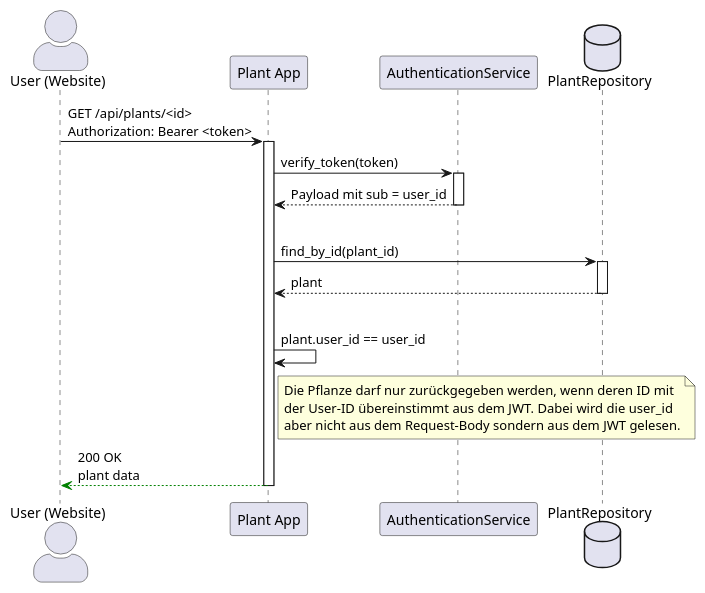
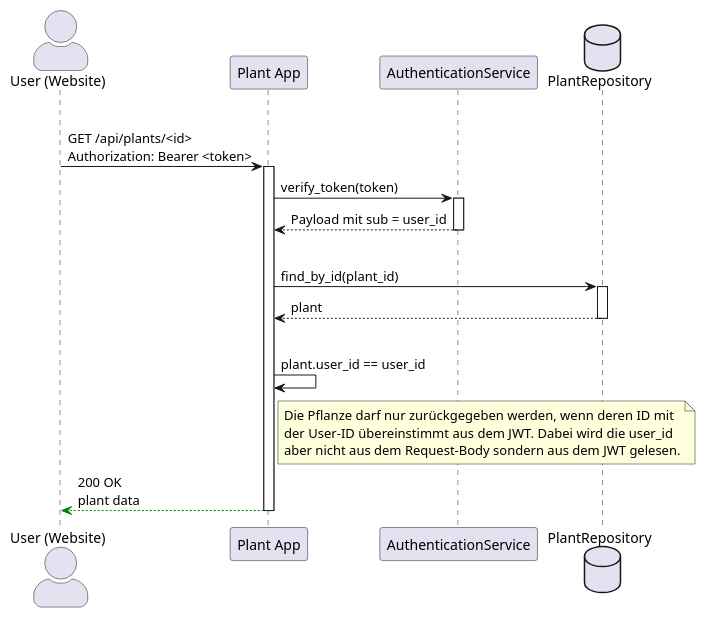
The diagram in diagrams/us3_get_plant_valid_request.puml (Annika-Ostendorp/pflanzenkalender-teil-2), drawn with PlantUML before and after one commit.

Commit message:
Add spacer to sequence diagram for better readability for task 8

```diff
--- a/diagrams/us3_get_plant_valid_request.puml
+++ b/diagrams/us3_get_plant_valid_request.puml
@@ -1,44 +1,46 @@
 @startuml get_plant_valid_request
 skinparam actorStyle awesome
 
 actor "User (Website)" as User
 participant "Plant App" as App
 participant "AuthenticationService" as Service
 database "PlantRepository" as Repo
+
+|||
 
 'geschützter Endpunkt wird mit gültigem JWT aufgerufen'
 User -> App : GET /api/plants/<id>\nAuthorization: Bearer <token>
 activate App
 
 'JWT auf Gültigkeit prüfen'
 App -> Service : verify_token(token)
 activate Service
 
 'gültiges JWT -> eindeutige Nutzer-ID (sub) wird zurückgegeben (siehe KI-Issue #23)'
 Service --> App : Payload mit sub = user_id 
 deactivate Service
 
 |||
 
 'Pflanze anhand ID suchen & gefundene Pflanze dann zurückgeben'
 App -> Repo : find_by_id(plant_id)
 activate Repo
 Repo --> App : plant
 deactivate Repo
 
 |||
 
 'zum Datenschutz -> stimmen user_id aus JWT & user_id der Pflanze überein? -> nur dann darf Pflanze zurückgegeben werden'
 App -> App : plant.user_id == user_id
 
 note right of App
     Die Pflanze darf nur zurückgegeben werden, wenn deren ID mit 
     der User-ID übereinstimmt aus dem JWT. Dabei wird die user_id 
     aber nicht aus dem Request-Body sondern aus dem JWT gelesen.
 endnote
 
 'am Ende erfolgreich die geforderten Pflanzen-Daten zurückgeben'
 App --[#green]> User : 200 OK\nplant data
 deactivate App
 
 @enduml
```
